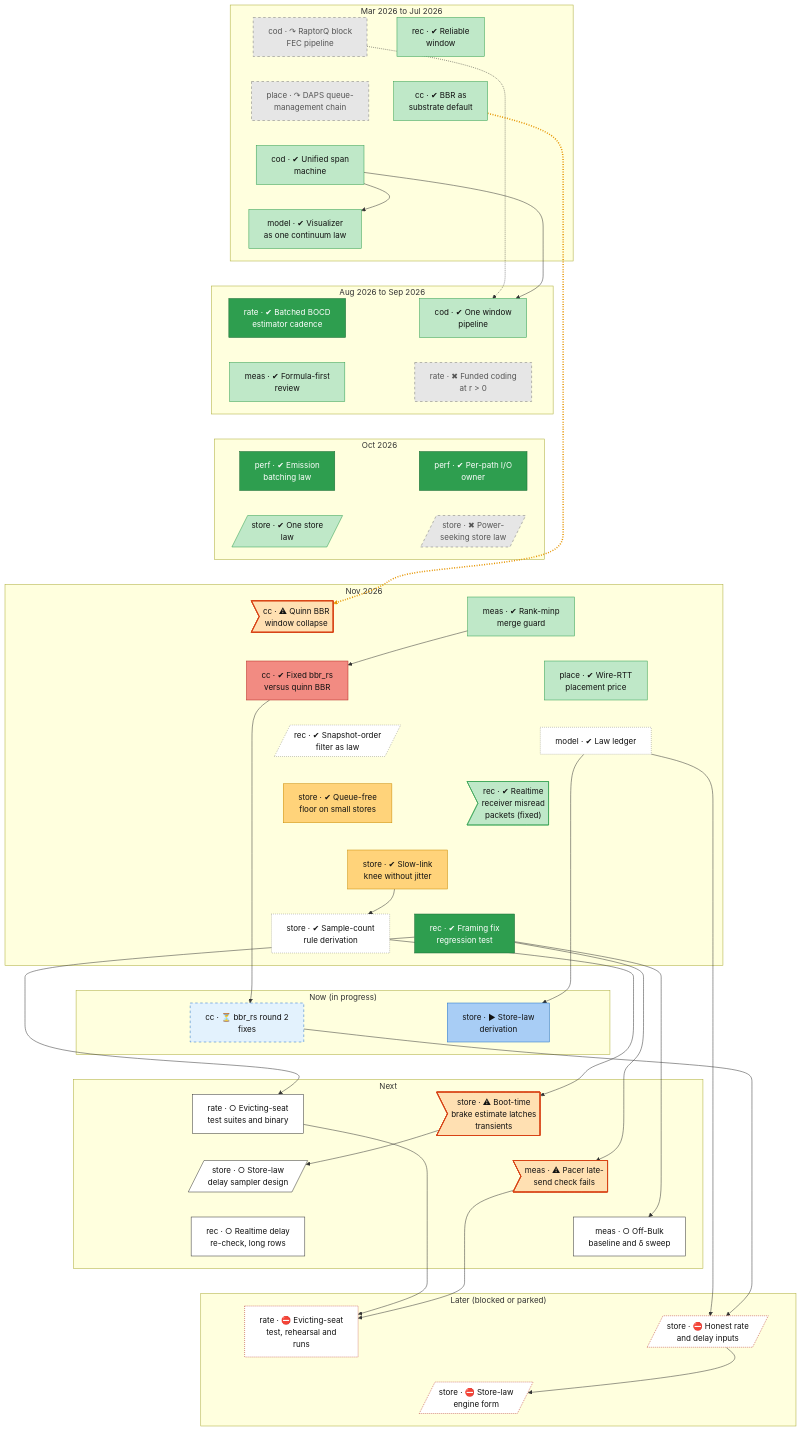
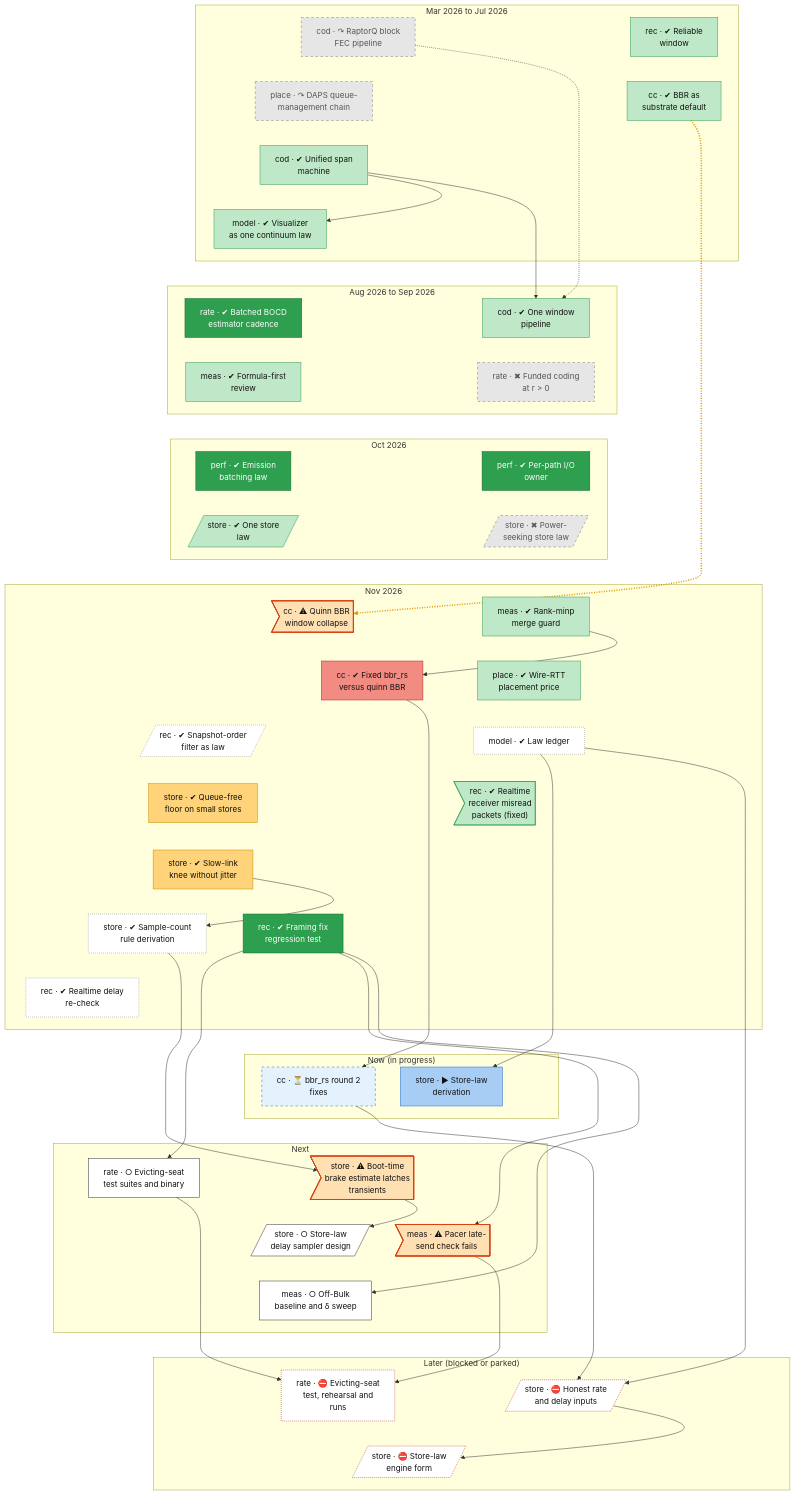
One commit to lhns/raptorpath changed the second of 2 diagrams in docs/roadmap.md. Above: the diagram before and after it, drawn with Mermaid. The commit also changed other lines of this file and 8 other files, not shown here.

First line of the commit message:
status §65 Result: NOT-REPLICATED (n 23, p 0.214, HL +8.4 %, U +27.3 %); ledger docs/l1-raw/s65; roadmap: re-check done, server-lag lean parked

```diff
--- a/docs/roadmap.md
+++ b/docs/roadmap.md
@@ -129,6 +129,7 @@
         store_s62_j0["store · ✔ Slow-link<br/>knee without jitter"]
         store_count_rule["store · ✔ Sample-count<br/>rule derivation"]
         rec_f2_merge_guard["rec · ✔ Framing fix<br/>regression test"]
+        rec_realtime_delay_recheck["rec · ✔ Realtime delay<br/>re-check"]
     end
     subgraph bd_4["Now (in progress)"]
         cc_bbrrs_r2["cc · ⏳ bbr_rs round 2<br/>fixes"]
@@ -139,7 +140,6 @@
         store_defect_b0p_brake>"store · ⚠ Boot-time<br/>brake estimate latches<br/>transients"]
         store_sampler_design[/"store · ○ Store-law<br/>delay sampler design"/]
         meas_blocke_pacing_gate>"meas · ⚠ Pacer late-<br/>send check fails"]
-        rec_realtime_delay_recheck["rec · ○ Realtime delay<br/>re-check, long rows"]
         meas_s51_session["meas · ○ Off-Bulk<br/>baseline and δ sweep"]
     end
     subgraph bd_6["Later (blocked or parked)"]
@@ -172,15 +172,17 @@
     rec_defect_realtime_framing ~~~ store_s62_j0
     store_s62_j0 ~~~ store_count_rule
     store_s62_j0 ~~~ rec_f2_merge_guard
-    store_count_rule ~~~ cc_bbrrs_r2
-    rec_f2_merge_guard ~~~ store_law_derivation
+    store_count_rule ~~~ rec_realtime_delay_recheck
+    rec_f2_merge_guard ~~~ rec_realtime_delay_recheck
+    rec_realtime_delay_recheck ~~~ cc_bbrrs_r2
+    rec_realtime_delay_recheck ~~~ store_law_derivation
     cc_bbrrs_r2 ~~~ rate_evict_epre
     store_law_derivation ~~~ store_defect_b0p_brake
     rate_evict_epre ~~~ store_sampler_design
     store_defect_b0p_brake ~~~ meas_blocke_pacing_gate
-    store_sampler_design ~~~ rec_realtime_delay_recheck
+    store_sampler_design ~~~ meas_s51_session
     meas_blocke_pacing_gate ~~~ meas_s51_session
-    rec_realtime_delay_recheck ~~~ rate_evict_session
+    meas_s51_session ~~~ rate_evict_session
     meas_s51_session ~~~ store_fix_maxbw_minrtt
     rate_evict_session ~~~ store_engine_form_impl
     store_fix_maxbw_minrtt ~~~ store_engine_form_impl
@@ -202,7 +204,7 @@
     model_law_ledger --> store_fix_maxbw_minrtt
     cc_bbrrs_r2 --> store_fix_maxbw_minrtt
     store_fix_maxbw_minrtt --> store_engine_form_impl
-    linkStyle 38 stroke:#e69500,stroke-width:3px,stroke-dasharray:2 3
+    linkStyle 40 stroke:#e69500,stroke-width:3px,stroke-dasharray:2 3
     classDef vsucc fill:#2e9e4f,stroke:#1b6b34,color:#fff
     classDef succ fill:#bfe8c8,stroke:#2e9e4f,color:#111
     classDef mixed fill:#ffd37a,stroke:#c98a00,color:#111
@@ -218,9 +220,9 @@
     classDef waiting fill:#e3f2fd,stroke:#1f6fc5,stroke-dasharray:5 5,color:#111
     class cod_block_pipeline,rate_r_battery,store_power_law,place_daps dead
     class cod_unified_span,cod_one_pipeline,rec_reliable_window,store_adr72_one_law,rec_defect_realtime_framing,place_wire_price,cc_bbr_default,meas_formula_first,meas_guard_41c,model_vis_continuum succ
-    class rec_snapver_law,store_count_rule,model_law_ledger unrated
+    class rec_snapver_law,store_count_rule,rec_realtime_delay_recheck,model_law_ledger unrated
     class rate_est_cadence,rec_f2_merge_guard,perf_emit_batch_law0,perf_io_owner vsucc
-    class rate_evict_epre,store_sampler_design,rec_realtime_delay_recheck,meas_s51_session next
+    class rate_evict_epre,store_sampler_design,meas_s51_session next
     class rate_evict_session,store_engine_form_impl,store_fix_maxbw_minrtt blocked
     class store_law_derivation inprog
     class store_s60a,store_s62_j0 mixed
```
